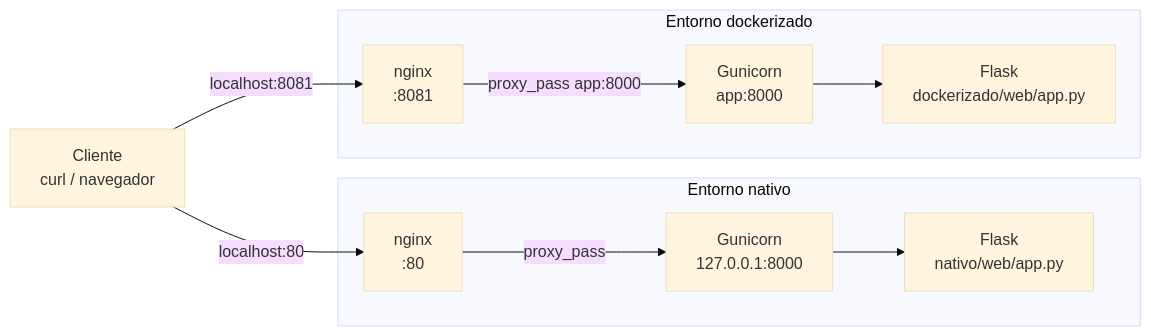
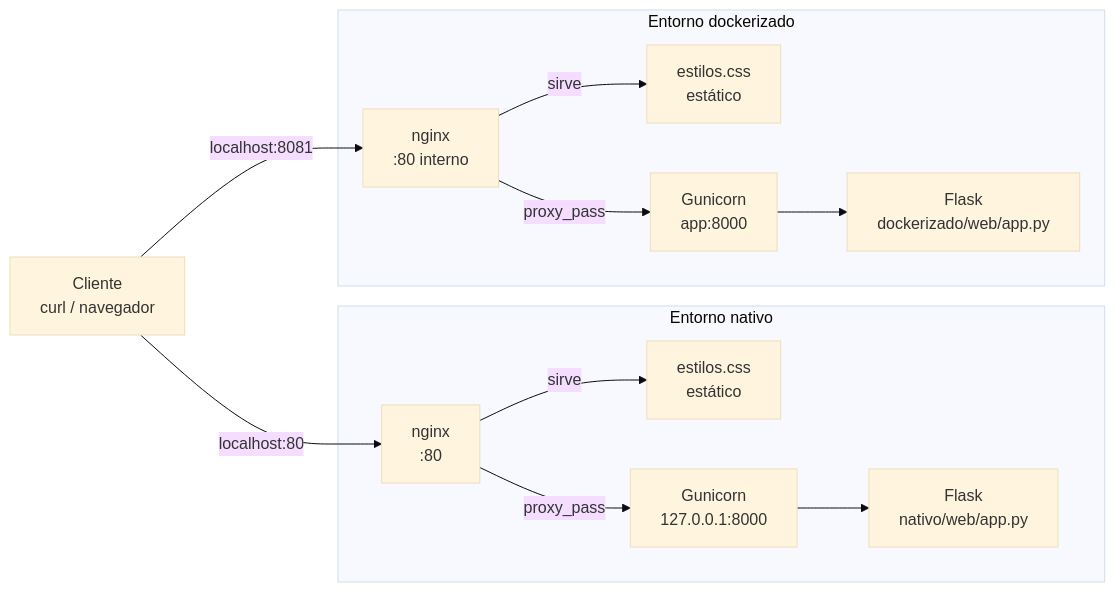
The diagram in README.md (apg-29/Calculadora-Web), drawn with Mermaid (base theme) before and after one commit. The commit also changed other lines of this file, not shown here.

Commit message:
Ajuste del mermaid y documentar repositorio remoto

````diff
--- a/README.md
+++ b/README.md
@@ -79,25 +79,29 @@
 ```mermaid
 flowchart LR
     C[Cliente<br/>curl / navegador]
 
     subgraph N["Entorno nativo"]
         NGINX1[nginx<br/>:80]
+        STATIC1[estilos.css<br/>estático]
         GUNI1[Gunicorn<br/>127.0.0.1:8000]
         FLASK1[Flask<br/>nativo/web/app.py]
 
+        NGINX1 -->|sirve| STATIC1
         NGINX1 -->|proxy_pass| GUNI1
         GUNI1 --> FLASK1
     end
 
     subgraph D["Entorno dockerizado"]
-        NGINX2[nginx<br/>:8081]
+        NGINX2[nginx<br/>:80 interno]
+        STATIC2[estilos.css<br/>estático]
         GUNI2[Gunicorn<br/>app:8000]
         FLASK2[Flask<br/>dockerizado/web/app.py]
 
-        NGINX2 -->|proxy_pass app:8000| GUNI2
+        NGINX2 -->|sirve| STATIC2
+        NGINX2 -->|proxy_pass| GUNI2
         GUNI2 --> FLASK2
     end
 
     C -->|localhost:80| NGINX1
     C -->|localhost:8081| NGINX2
 ```
````
